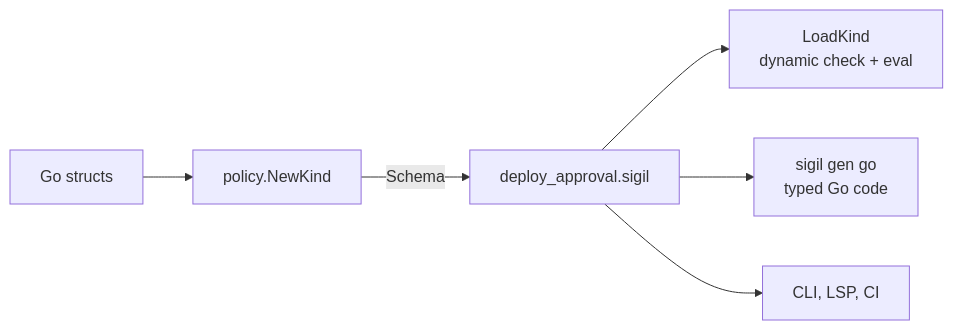
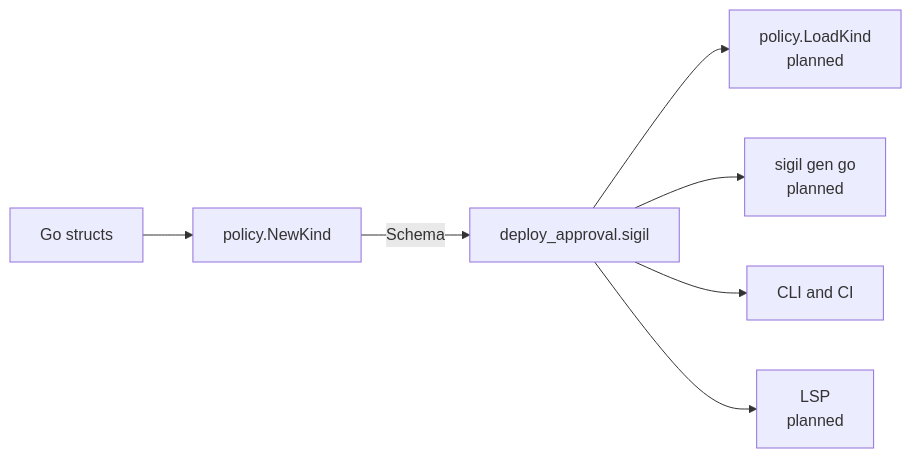
One commit to SpechtLabs/sigil changed the diagram in docs/reference/kind-files.md. Above: the diagram before and after it, drawn with Mermaid. The commit also changed other lines of this file and 42 other files, not shown here.

````diff
--- a/docs/reference/kind-files.md
+++ b/docs/reference/kind-files.md
@@ -16,8 +16,9 @@
 ```mermaid
 flowchart LR
   A[Go structs] --> B[policy.NewKind]
   B -- Schema --> C[deploy_approval.sigil]
-  C --> D[LoadKind<br/>dynamic check + eval]
-  C --> E[sigil gen go<br/>typed Go code]
-  C --> F[CLI, LSP, CI]
+  C --> D[policy.LoadKind<br/>planned]
+  C --> E[sigil gen go<br/>planned]
+  C --> F[CLI and CI]
+  C --> G[LSP<br/>planned]
 ```
````
